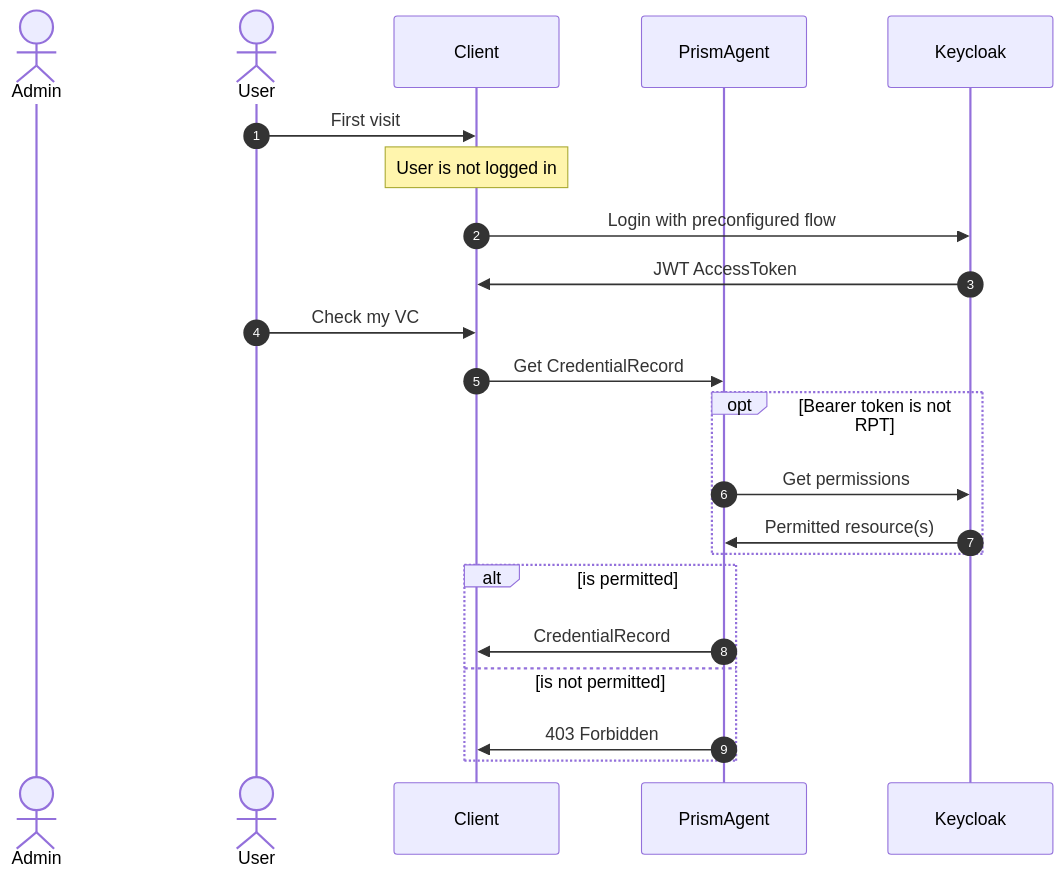
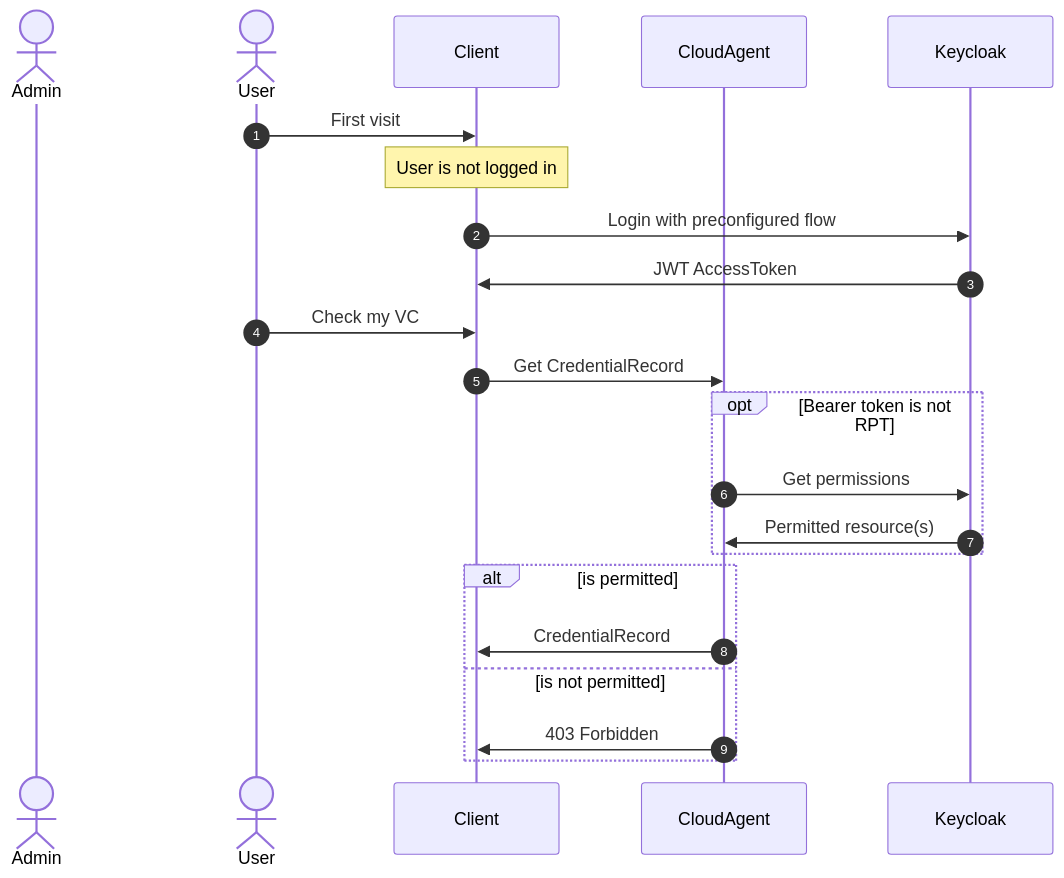
The second of 2 diagrams in docs/decisions/20230926-use-keycloak-authorisation-service-for-managing-wallet-permissions.md (hyperledger/identus-cloud-agent), drawn with Mermaid before and after one commit. The commit also changed other lines of this file and 13 other files, not shown here.

````diff
--- a/docs/decisions/20230926-use-keycloak-authorisation-service-for-managing-wallet-permissions.md
+++ b/docs/decisions/20230926-use-keycloak-authorisation-service-for-managing-wallet-permissions.md
@@ -91,28 +91,28 @@
 ```mermaid
 sequenceDiagram
     actor Admin
     actor User
     participant Client
-    participant PrismAgent
+    participant CloudAgent
     participant Keycloak
 
     autonumber
 
     User ->> Client: First visit
     Note over Client: User is not logged in
     Client ->> Keycloak: Login with preconfigured flow
     Keycloak ->> Client: JWT AccessToken
     User ->> Client: Check my VC
-    Client ->> PrismAgent: Get CredentialRecord
+    Client ->> CloudAgent: Get CredentialRecord
 
     opt Bearer token is not RPT
-      PrismAgent ->> Keycloak: Get permissions
-      Keycloak ->> PrismAgent: Permitted resource(s)
+      CloudAgent ->> Keycloak: Get permissions
+      Keycloak ->> CloudAgent: Permitted resource(s)
     end
 
     alt is permitted
-        PrismAgent ->> Client: CredentialRecord
+        CloudAgent ->> Client: CredentialRecord
     else is not permitted
-        PrismAgent ->> Client: 403 Forbidden
+        CloudAgent ->> Client: 403 Forbidden
     end
 ```
````
